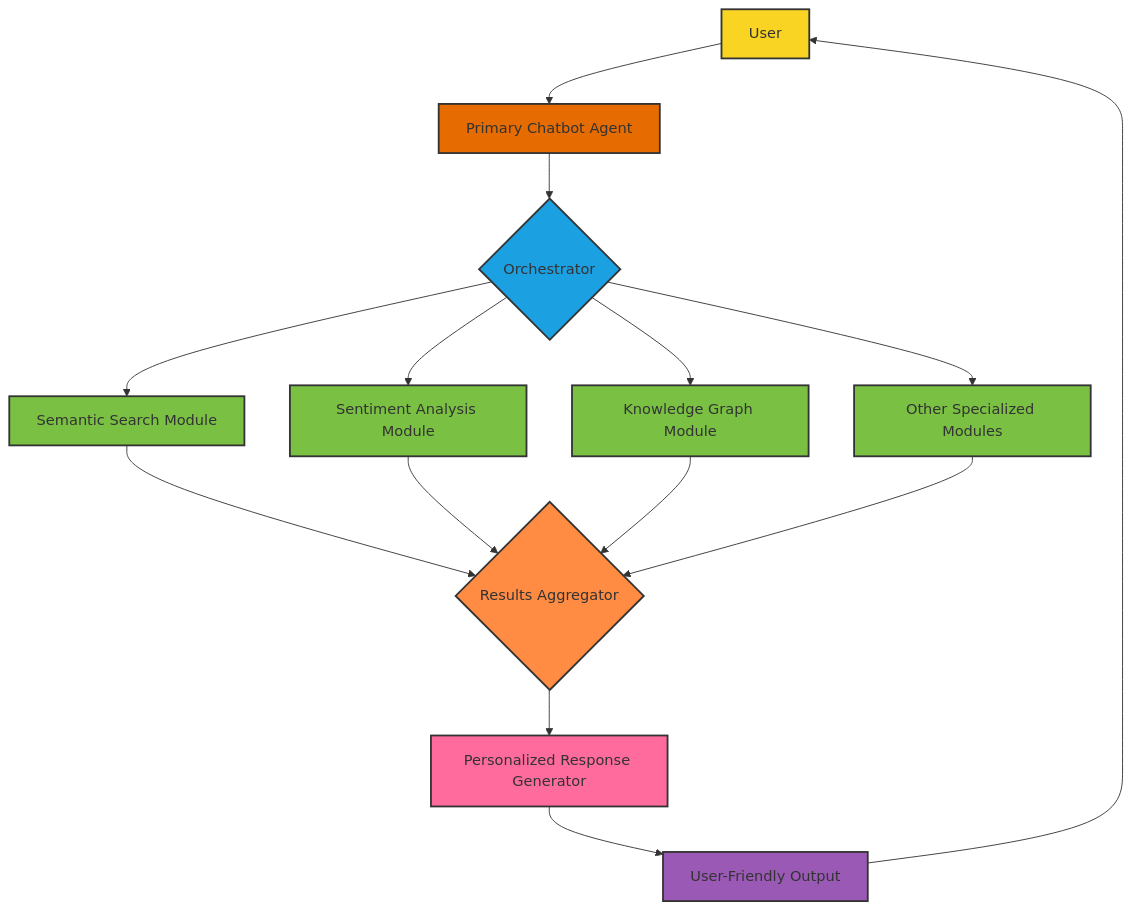
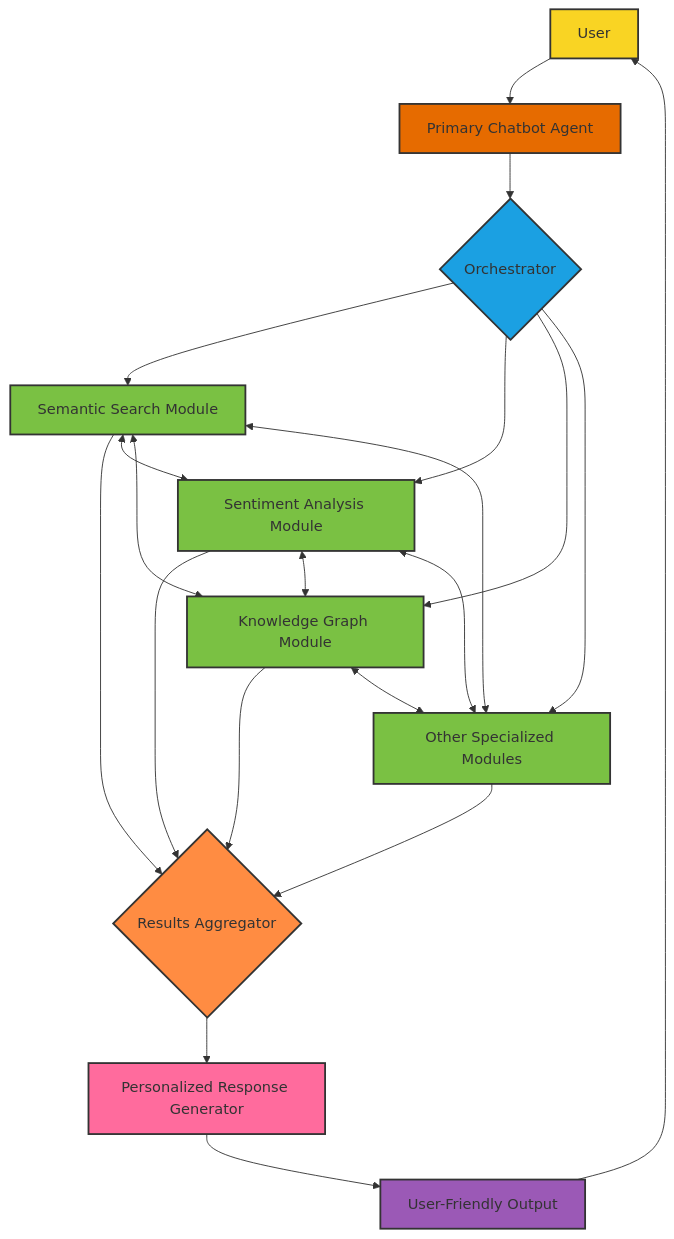
One commit to EveryOneIsGross/scratchTHOUGHTS changed the first of 4 diagrams in README.md. Above: the diagram before and after it, drawn with Mermaid.

````diff
--- a/README.md
+++ b/README.md
@@ -3,34 +3,41 @@
 ```mermaid
 graph TD
 A[User] --> B[Primary Chatbot Agent]
 B --> C{Orchestrator}
 C --> D[Semantic Search Module]
 C --> E[Sentiment Analysis Module]
 C --> F[Knowledge Graph Module]
 C --> G[Other Specialized Modules]
 
 D --> H{Results Aggregator}
 E --> H
 F --> H
 G --> H
 
 H --> I[Personalized Response Generator]
 I --> J[User-Friendly Output]
 J --> A
 
+D <--> E
+D <--> F
+D <--> G
+E <--> F
+E <--> G
+F <--> G
+
 classDef user fill:#f9d423,stroke:#333,stroke-width:2px;
 classDef primary fill:#e66b00,stroke:#333,stroke-width:2px;
 classDef orchestrator fill:#1ba0e2,stroke:#333,stroke-width:2px;
 classDef module fill:#7ac143,stroke:#333,stroke-width:2px;
 classDef aggregator fill:#ff8c42,stroke:#333,stroke-width:2px;
 classDef generator fill:#ff6b9d,stroke:#333,stroke-width:2px;
 classDef output fill:#9b59b6,stroke:#333,stroke-width:2px;
 
 class A user
 class B primary
 class C orchestrator
 class D,E,F,G module
 class H aggregator
 class I generator
 class J output
 ```
````
